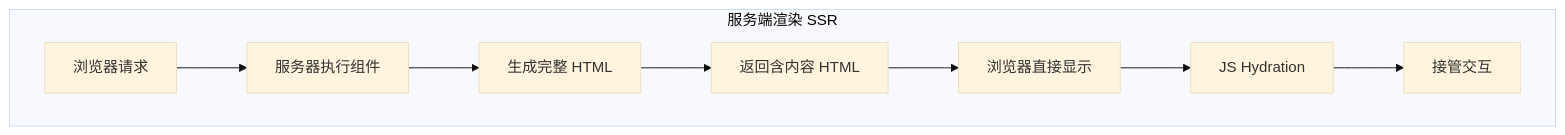
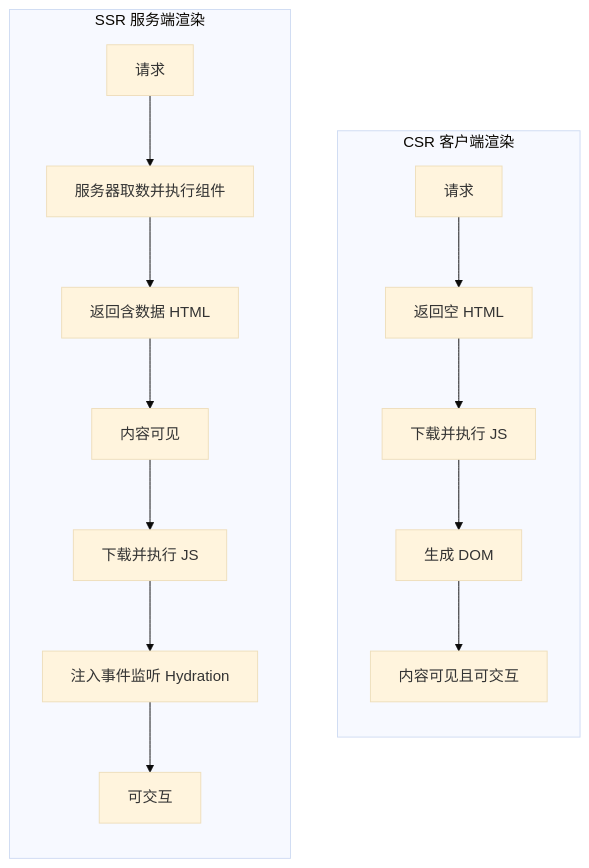
One commit to pedyc/dg.pedyc changed the diagram in content/30-RESOURCES/SSR.md. Above: the diagram before and after it, drawn with Mermaid (base theme). The commit also changed other lines of this file and 27 other files, not shown here.

````diff
--- a/content/30-RESOURCES/SSR.md
+++ b/content/30-RESOURCES/SSR.md
@@ -54,11 +31,11 @@
 ```mermaid
 flowchart TB
-    subgraph SSR["服务端渲染 SSR"]
-        A2[浏览器请求] --> B2[服务器执行组件]
-        B2 --> C2[生成完整 HTML]
-        C2 --> D2[返回含内容 HTML]
-        D2 --> E2[浏览器直接显示]
-        E2 --> F2[JS Hydration]
-        F2 --> G2[接管交互]
+    subgraph CSR[CSR 客户端渲染]
+        direction TB
+        A1[请求] --> B1[返回空 HTML] --> C1[下载并执行 JS] --> D1[生成 DOM] --> E1[内容可见且可交互]
+    end
+    subgraph SSR[SSR 服务端渲染]
+        direction TB
+        A2[请求] --> B2[服务器取数并执行组件] --> C2[返回含数据 HTML] --> D2[内容可见] --> E2[下载并执行 JS] --> F2[注入事件监听 Hydration] --> G2[可交互]
     end
 ```
````
